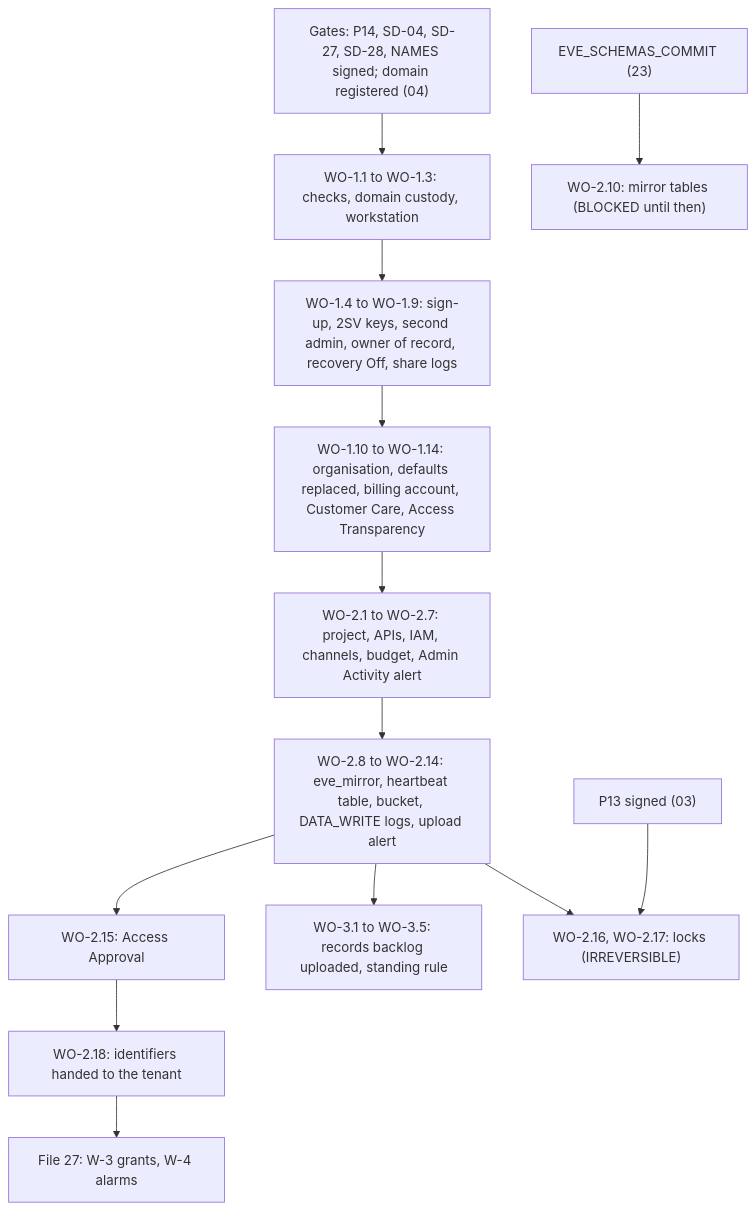
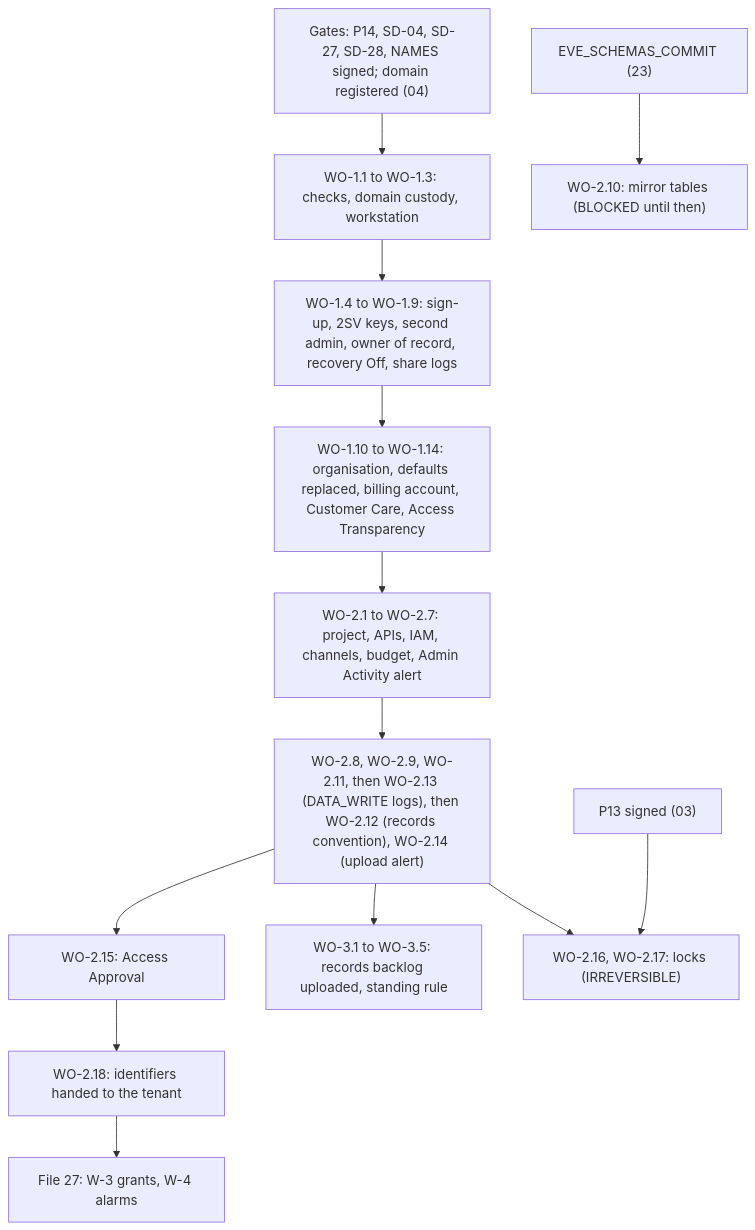
The diagram in platform/agentic-platform/setup/08-witness-organisation.md (jsbdfgidsfg/agentic-platform), drawn with Mermaid before and after one commit. The commit also changed other lines of this file and 41 other files, not shown here.

````diff
--- a/platform/agentic-platform/setup/08-witness-organisation.md
+++ b/platform/agentic-platform/setup/08-witness-organisation.md
@@ -44,15 +44,15 @@
 ```mermaid
 flowchart TD
   G["Gates: P14, SD-04, SD-27, SD-28, NAMES signed; domain registered (04)"] --> W1A["WO-1.1 to WO-1.3: checks, domain custody, workstation"]
   W1A --> W1B["WO-1.4 to WO-1.9: sign-up, 2SV keys, second admin, owner of record, recovery Off, share logs"]
   W1B --> W1C["WO-1.10 to WO-1.14: organisation, defaults replaced, billing account, Customer Care, Access Transparency"]
   W1C --> W2A["WO-2.1 to WO-2.7: project, APIs, IAM, channels, budget, Admin Activity alert"]
-  W2A --> W2B["WO-2.8 to WO-2.14: eve_mirror, heartbeat table, bucket, DATA_WRITE logs, upload alert"]
+  W2A --> W2B["WO-2.8, WO-2.9, WO-2.11, then WO-2.13 (DATA_WRITE logs), then WO-2.12 (records convention), WO-2.14 (upload alert)"]
   W2B --> W2C["WO-2.15: Access Approval"]
   W2B --> R["WO-3.1 to WO-3.5: records backlog uploaded, standing rule"]
   W2C --> H["WO-2.18: identifiers handed to the tenant"]
   P13["P13 signed (03)"] --> L["WO-2.16, WO-2.17: locks (IRREVERSIBLE)"]
   W2B --> L
   S23["EVE_SCHEMAS_COMMIT (23)"] --> MT["WO-2.10: mirror tables (BLOCKED until then)"]
   H --> F27["File 27: W-3 grants, W-4 alarms"]
 ```
````
